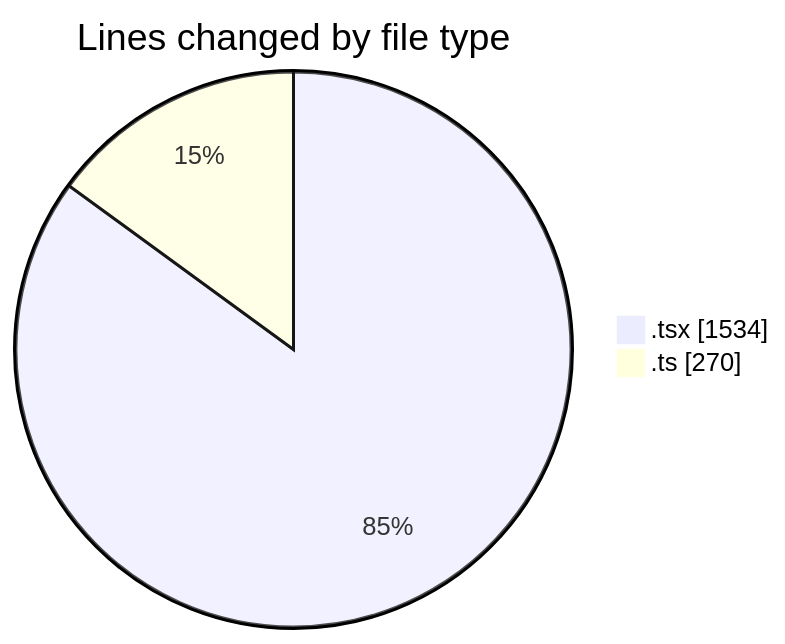
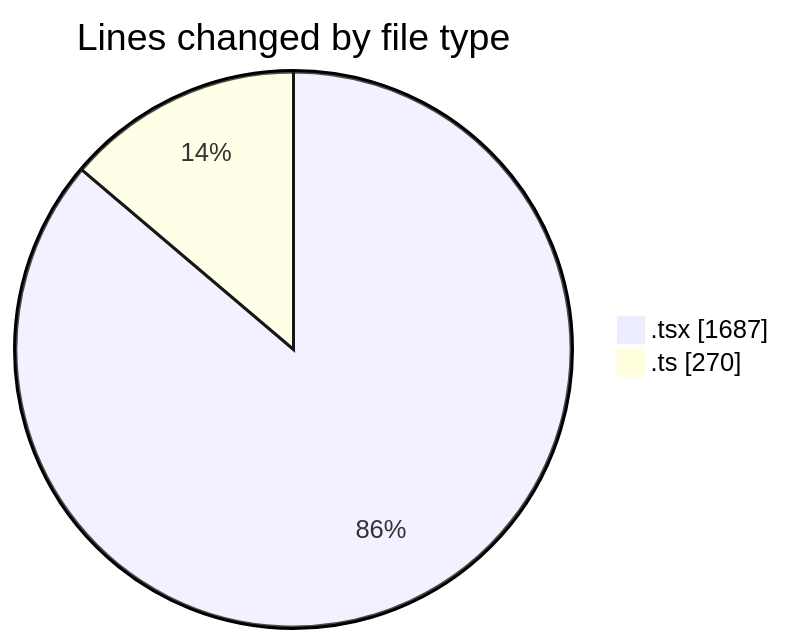
One commit to robertbonfada/code-tracking changed the first of 2 diagrams in 2025-02-18/mbc-web/README.md. Above: the diagram before and after it, drawn with Mermaid. The commit also changed other lines of this file and 1 other file, not shown here.

````diff
--- a/2025-02-18/mbc-web/README.md
+++ b/2025-02-18/mbc-web/README.md
@@ -28,6 +29,6 @@
 ```mermaid
 pie showData
 title Lines changed by file type
-".tsx" : 1534
+".tsx" : 1687
 ".ts" : 270
 ```
````
